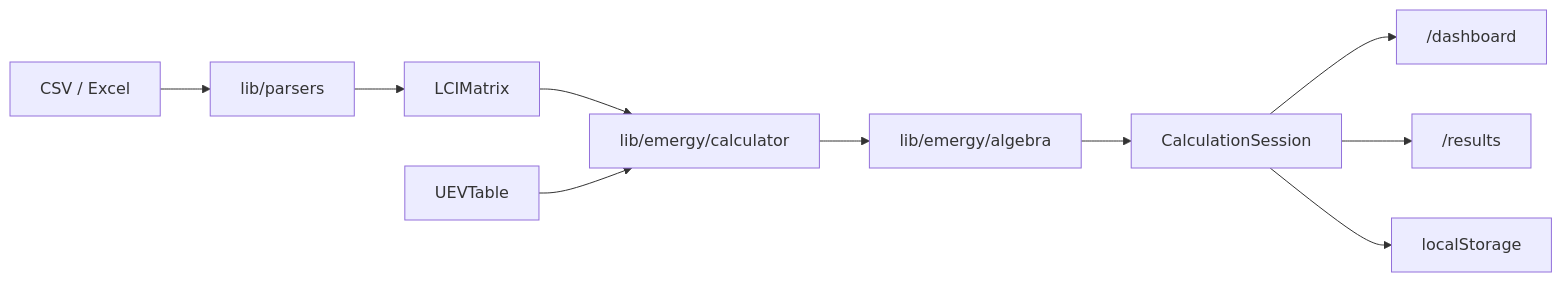
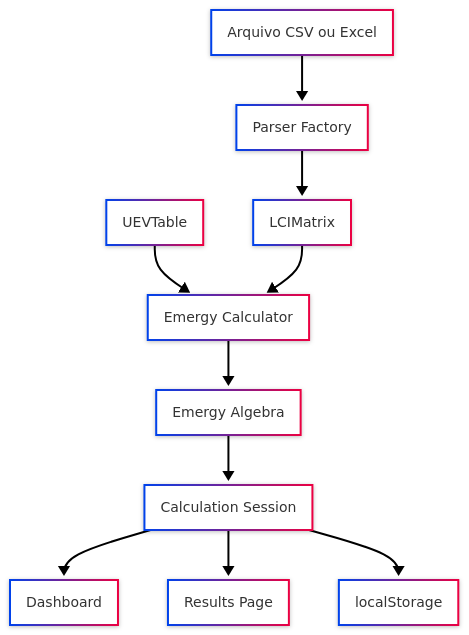
One commit to Tiagossdj/scaleweb-project changed the diagram in README.md. Above: the diagram before and after it, drawn with Mermaid. The commit also changed other lines of this file and 4 other files, not shown here.

````diff
--- a/README.md
+++ b/README.md
@@ -68,12 +66,15 @@
 ```mermaid
-flowchart LR
-    CSV["CSV / Excel"] --> Parser["lib/parsers"]
-    Parser --> LCI["LCIMatrix"]
-    LCI --> Calculator["lib/emergy/calculator"]
-    UEV["UEVTable"] --> Calculator
-    Calculator --> Algebra["lib/emergy/algebra"]
-    Algebra --> Session["CalculationSession"]
-    Session --> Dashboard["/dashboard"]
-    Session --> Results["/results"]
-    Session --> Storage["localStorage"]
+---
+config:
+  theme: neo
+  look: neo
+---
+flowchart TB
+    A["Arquivo CSV ou Excel"] --> B["Parser Factory"]
+    B --> C["LCIMatrix"]
+    D["UEVTable"] --> E["Emergy Calculator"]
+    C --> E
+    E --> F["Emergy Algebra"]
+    F --> G["Calculation Session"]
+    G --> H["Dashboard"] & I["Results Page"] & J["localStorage"]
 ```
````
